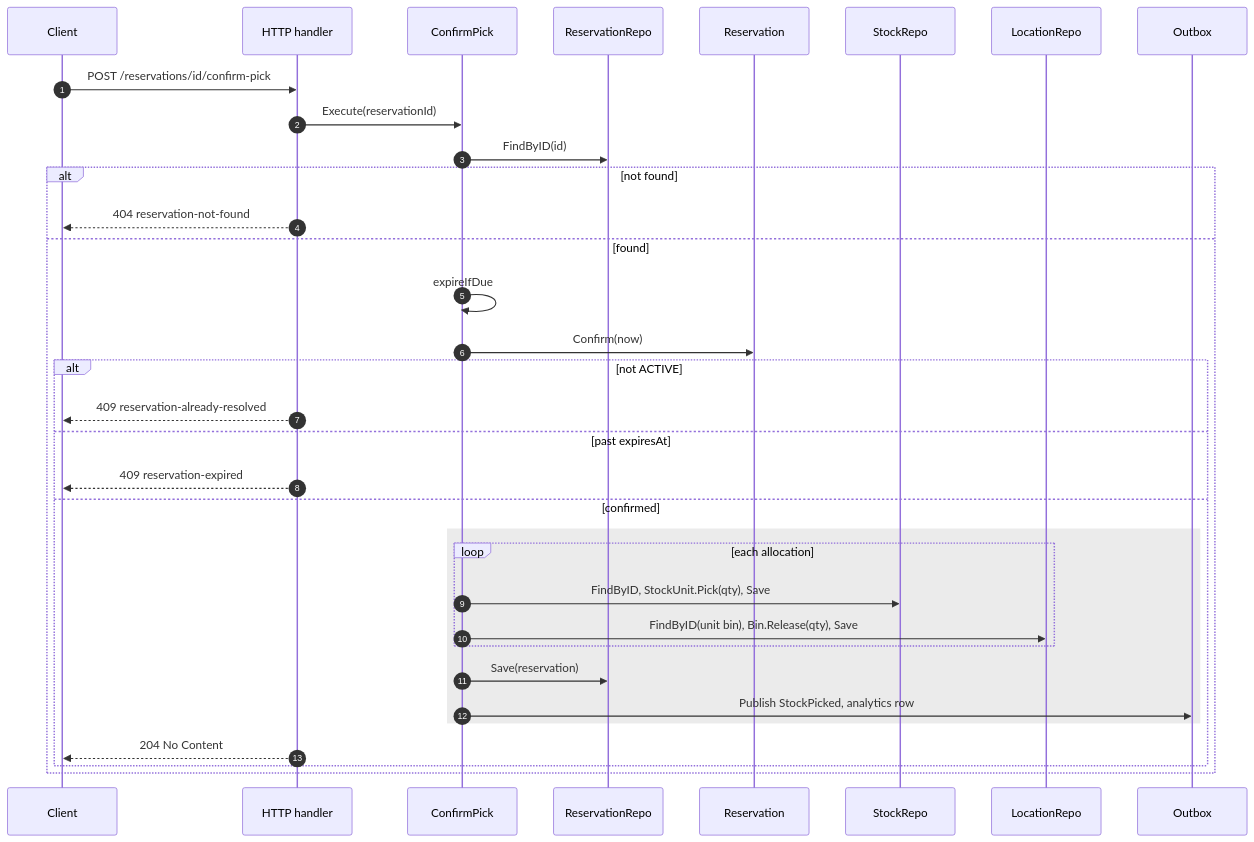
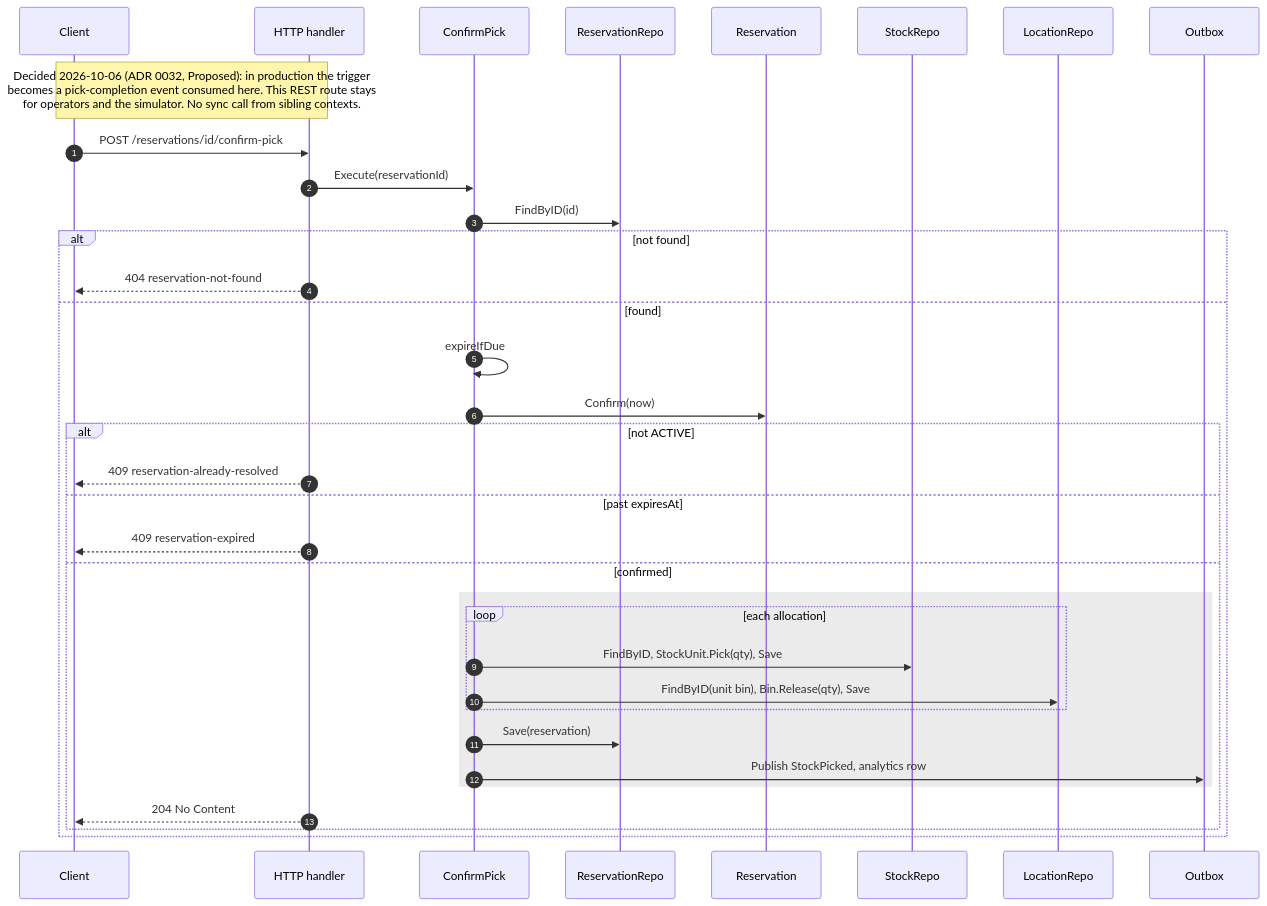
The fifth of 12 diagrams in docs/docs/ddd/sequence-diagrams.md (IQVO/inventory-storage), drawn with Mermaid before and after one commit. The commit also changed other lines of this file and 22 other files, not shown here.

````diff
--- a/docs/docs/ddd/sequence-diagrams.md
+++ b/docs/docs/ddd/sequence-diagrams.md
@@ -234,36 +234,37 @@
 ```mermaid
 sequenceDiagram
     autonumber
     participant C as Client
     participant H as HTTP handler
     participant UC as ConfirmPick
     participant RR as ReservationRepo
     participant RES as Reservation
     participant SR as StockRepo
     participant LR as LocationRepo
     participant OB as Outbox
+    Note over C,H: Decided 2026-10-06 (ADR 0032, Proposed): in production the trigger<br/>becomes a pick-completion event consumed here. This REST route stays<br/>for operators and the simulator. No sync call from sibling contexts.
     C->>H: POST /reservations/id/confirm-pick
     H->>UC: Execute(reservationId)
     UC->>RR: FindByID(id)
     alt not found
         H-->>C: 404 reservation-not-found
     else found
         UC->>UC: expireIfDue
         UC->>RES: Confirm(now)
         alt not ACTIVE
             H-->>C: 409 reservation-already-resolved
         else past expiresAt
             H-->>C: 409 reservation-expired
         else confirmed
             rect rgb(235, 235, 235)
                 loop each allocation
                     UC->>SR: FindByID, StockUnit.Pick(qty), Save
                     UC->>LR: FindByID(unit bin), Bin.Release(qty), Save
                 end
                 UC->>RR: Save(reservation)
                 UC->>OB: Publish StockPicked, analytics row
             end
             H-->>C: 204 No Content
         end
     end
 ```
````
